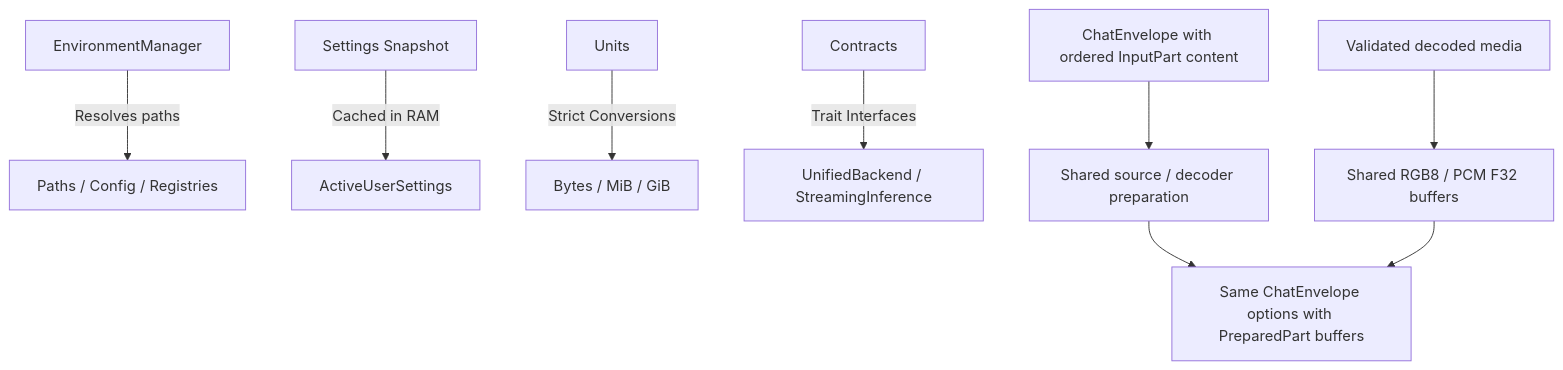
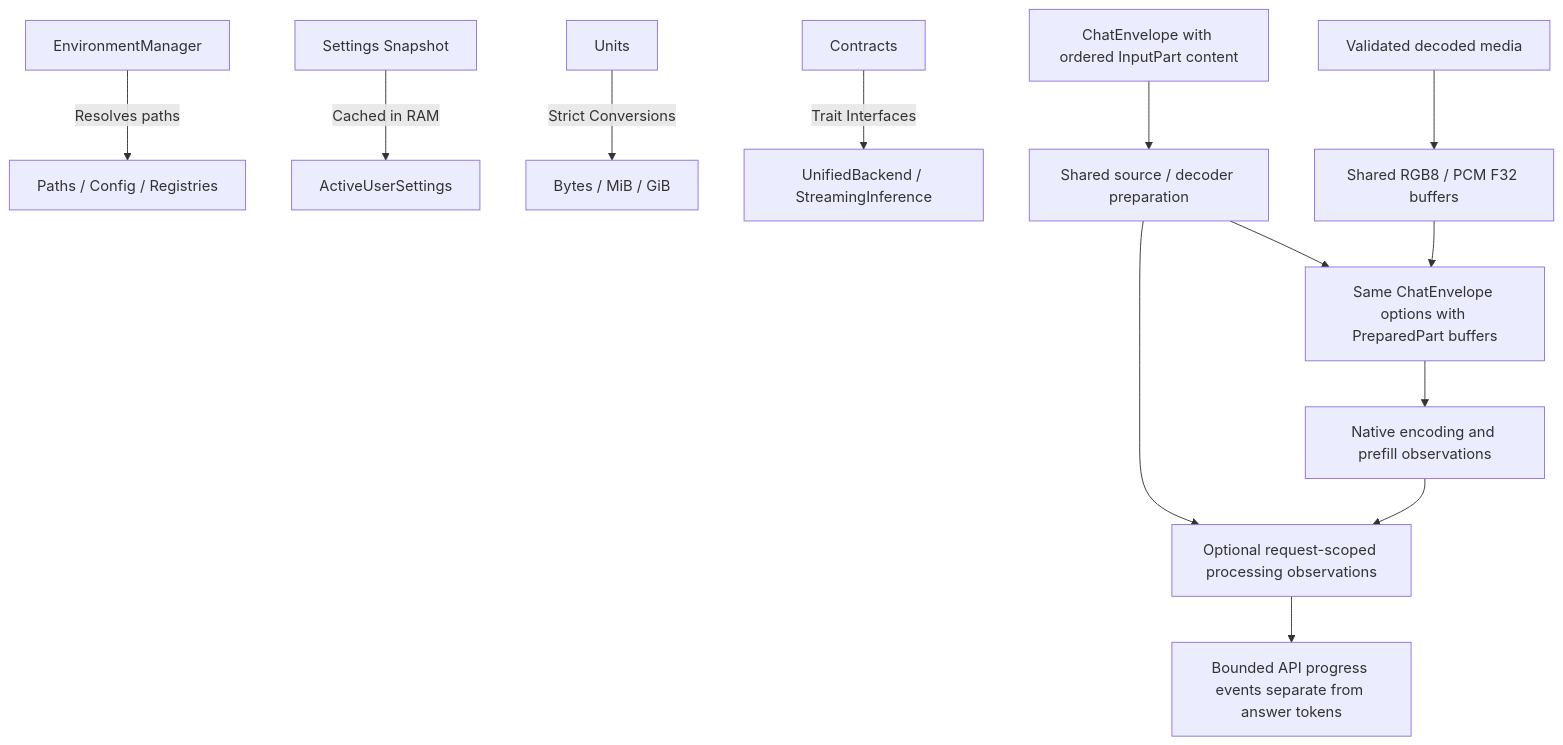
One commit to cluaiz/cluaiz changed the diagram in engine/core/README.md. Above: the diagram before and after it, drawn with Mermaid. The commit also changed other lines of this file and 31 other files, not shown here.

````diff
--- a/engine/core/README.md
+++ b/engine/core/README.md
@@ -7,11 +7,15 @@
 ```mermaid
 graph TD
     A[EnvironmentManager] -->|Resolves paths| B[Paths / Config / Registries]
     C[Settings Snapshot] -->|Cached in RAM| D[ActiveUserSettings]
     E[Units] -->|Strict Conversions| F[Bytes / MiB / GiB]
     G[Contracts] -->|Trait Interfaces| H[UnifiedBackend / StreamingInference]
     I["Validated decoded media"] --> J["Shared RGB8 / PCM F32 buffers"]
     K["ChatEnvelope with ordered InputPart content"] --> L["Shared source / decoder preparation"]
     L --> M["Same ChatEnvelope options with PreparedPart buffers"]
     J --> M
+    L --> N["Optional request-scoped processing observations"]
+    M --> O["Native encoding and prefill observations"]
+    O --> N
+    N --> P["Bounded API progress events separate from answer tokens"]
 ```
````
